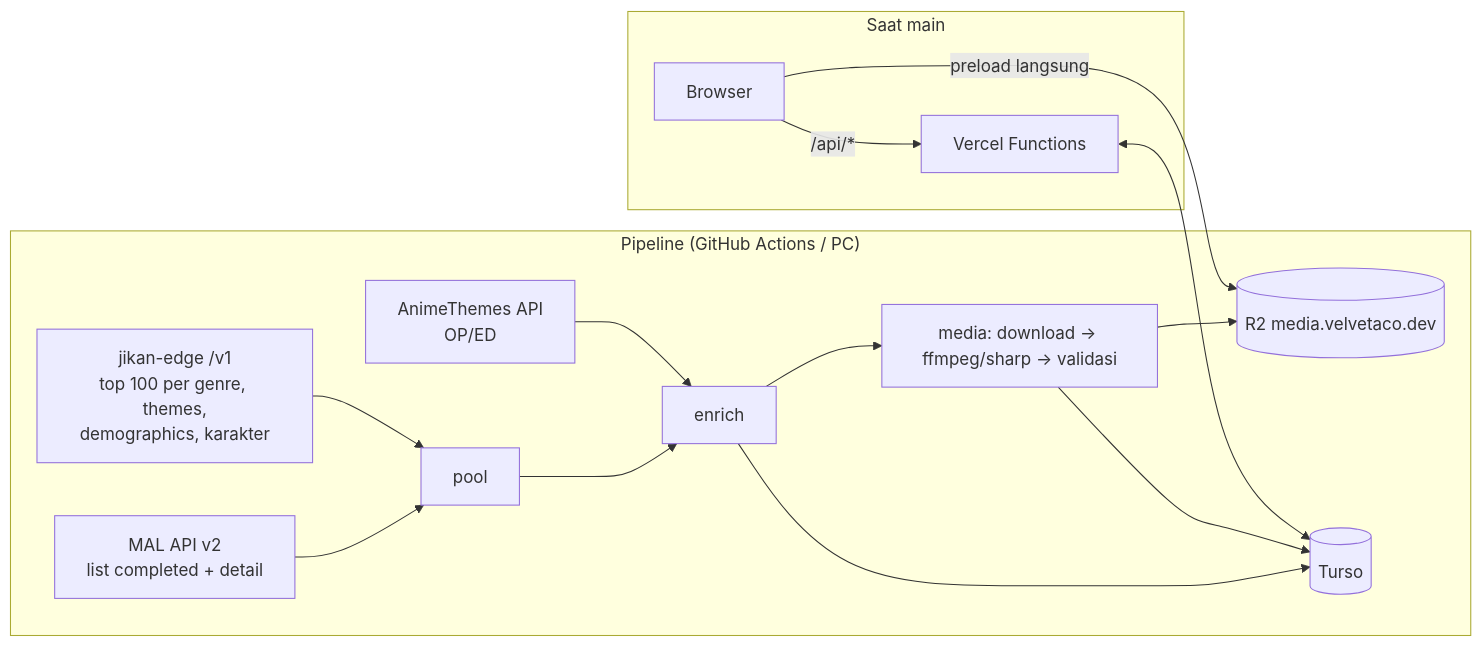
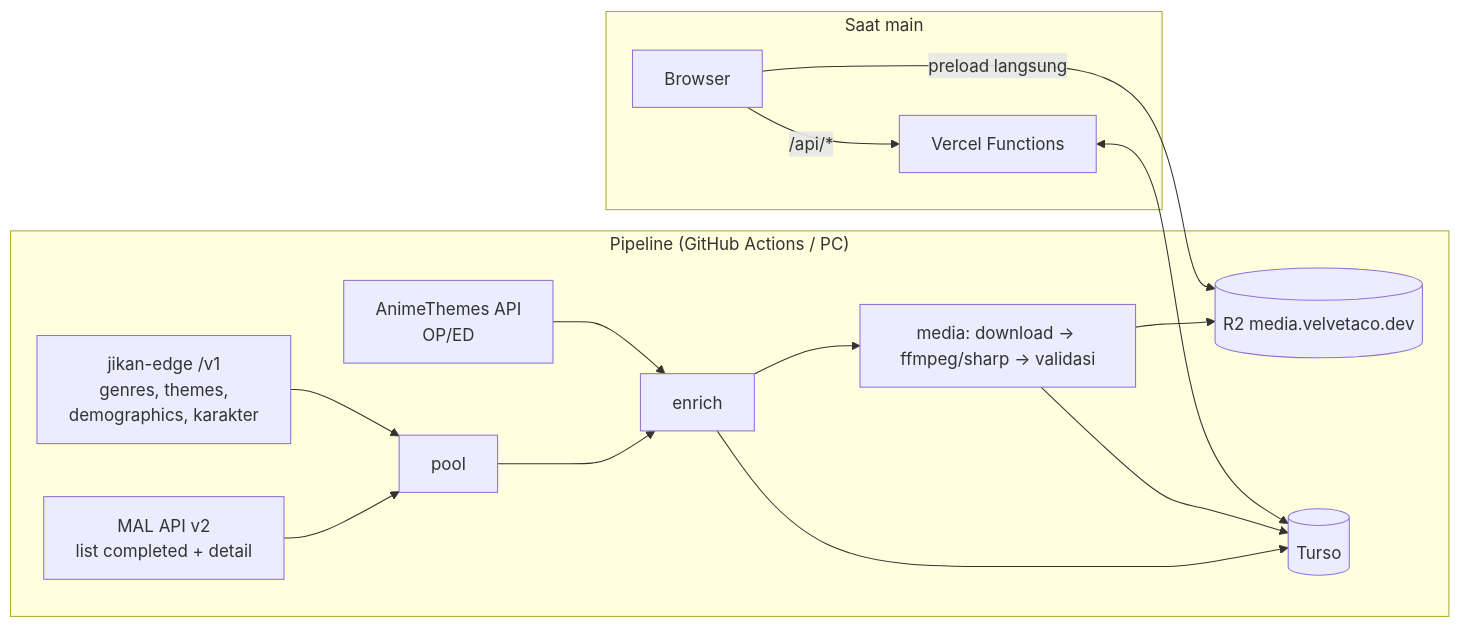
One commit to kukuhnugrh/Anidle changed the diagram in PLAN.md. Above: the diagram before and after it, drawn with Mermaid. The commit also changed other lines of this file and 12 other files, not shown here.

````diff
--- a/PLAN.md
+++ b/PLAN.md
@@ -35,18 +35,18 @@
 ```mermaid
 flowchart LR
   subgraph Pipeline["Pipeline (GitHub Actions / PC)"]
     MAL[MAL API v2<br/>list completed + detail] --> P[pool]
-    JE[jikan-edge /v1<br/>top 100 per genre, themes,<br/>demographics, karakter] --> P
+    JE[jikan-edge /v1<br/>genres, themes,<br/>demographics, karakter] --> P
     P --> EN[enrich]
     AT[AnimeThemes API<br/>OP/ED] --> EN
     EN --> MED[media: download → ffmpeg/sharp → validasi]
     MED --> R2[(R2 media.velvetaco.dev)]
     EN --> DB[(Turso)]
     MED --> DB
   end
   subgraph Play["Saat main"]
     B[Browser] -->|/api/*| V[Vercel Functions]
     V <--> DB
     B -->|preload langsung| R2
   end
 ```
````
